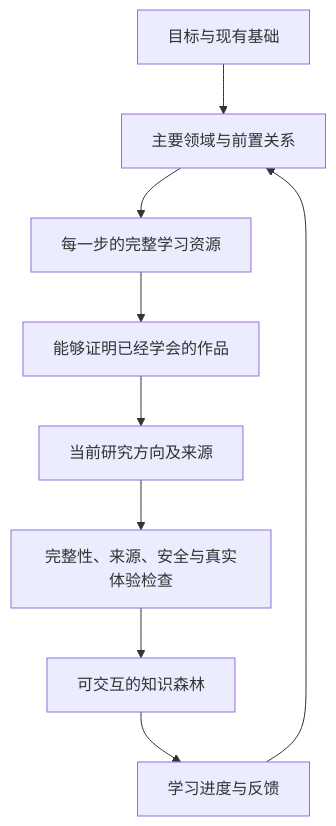
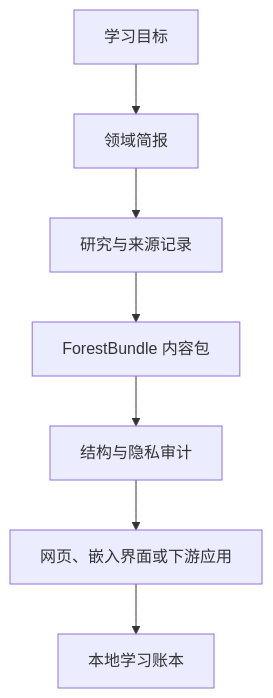
The diagram in README.md (AIALRA-0/knowledge-forest-framework), drawn with Mermaid before and after one commit. The commit also changed other lines of this file and 33 other files, not shown here.

````diff
--- a/README.md
+++ b/README.md
@@ -195,12 +81,10 @@
 ```mermaid
-%% 从学习目标到可交互森林，再由学习反馈返回领域规划
+%% 从学习目标到本地学习账本的完整数据流
 flowchart TB
-    A["目标与现有基础"] --> B["主要领域与前置关系"]
-    B --> C["每一步的完整学习资源"]
-    C --> D["能够证明已经学会的作品"]
-    D --> E["当前研究方向及来源"]
-    E --> F["完整性、来源、安全与真实体验检查"]
-    F --> G["可交互的知识森林"]
-    G --> H["学习进度与反馈"]
-    H --> B
+    A[学习目标] --> B[领域简报]
+    B --> C[研究与来源记录]
+    C --> D[ForestBundle 内容包]
+    D --> E[结构与隐私审计]
+    E --> F[网页、嵌入界面或下游应用]
+    F --> G[本地学习账本]
 ```
````
